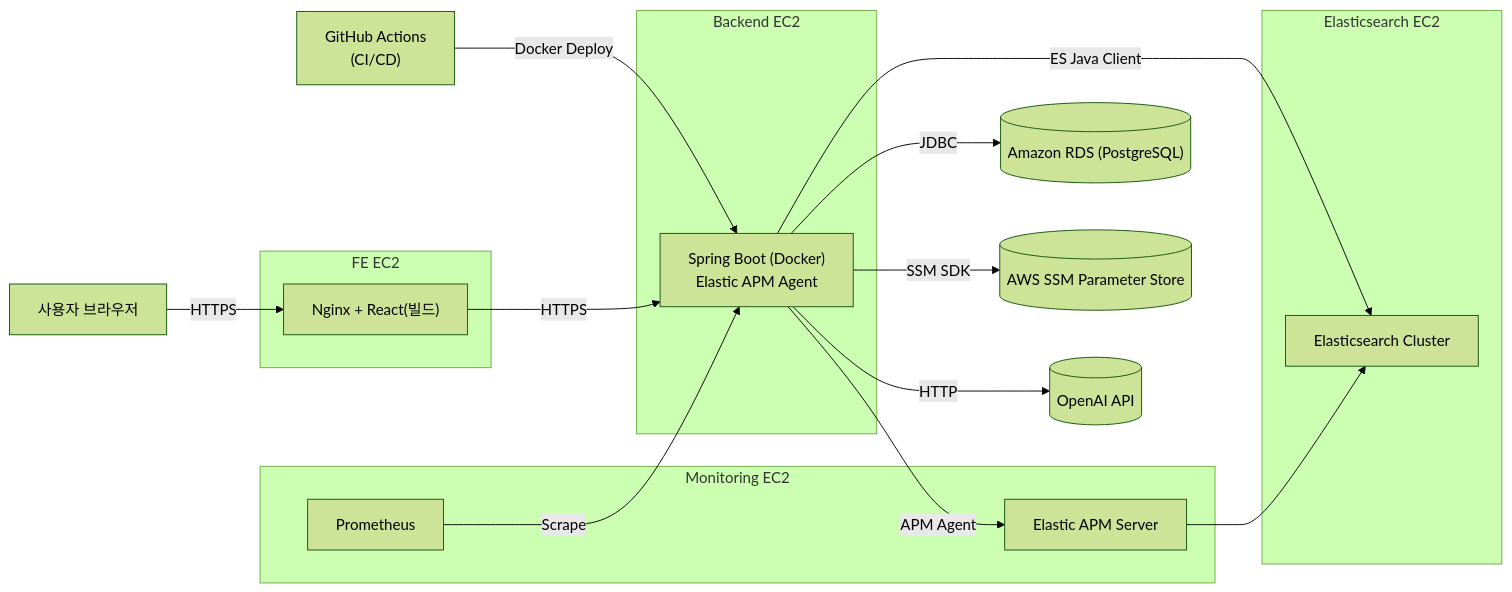
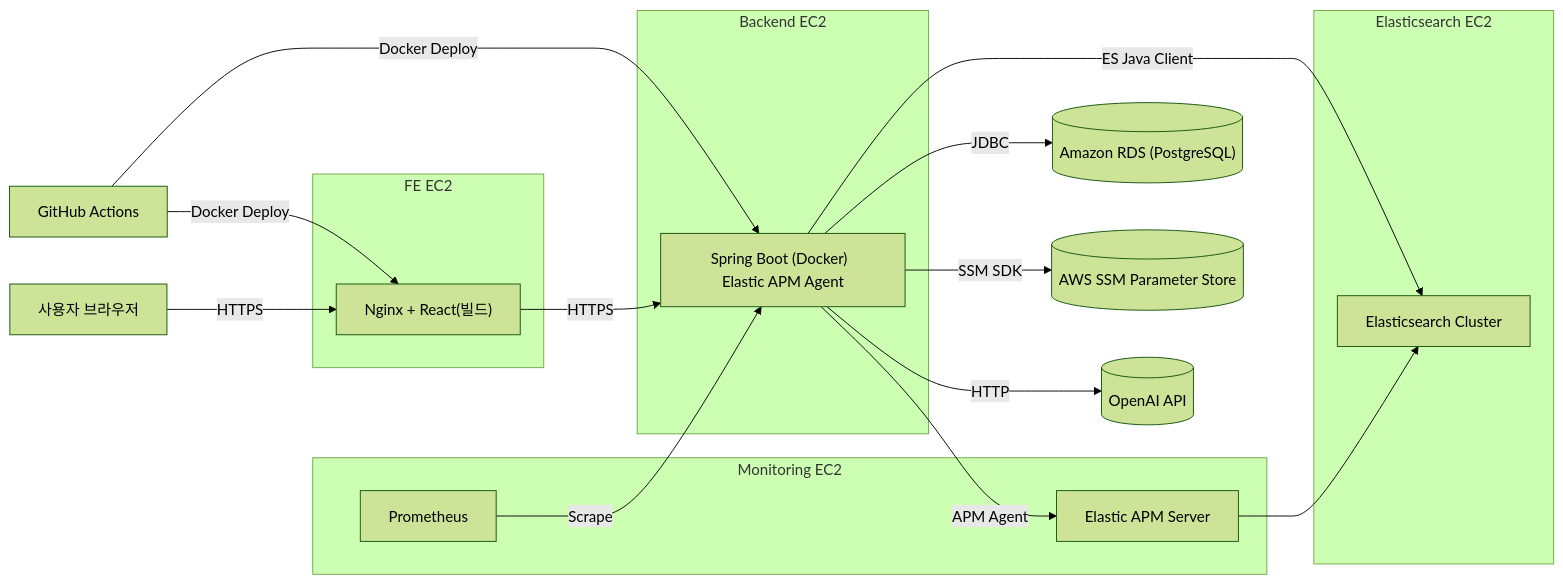
One commit to hihisososo/search-admin-be changed the diagram in README.md. Above: the diagram before and after it, drawn with Mermaid (forest theme). The commit also changed other lines of this file and 61 other files, not shown here.

````diff
--- a/README.md
+++ b/README.md
@@ -50,39 +50,41 @@
 ```mermaid
 flowchart LR
   client["사용자 브라우저"]
-  github["GitHub Actions\n(CI/CD)"]
 
   subgraph FE_EC2["FE EC2"]
     fe["Nginx + React(빌드)"]
   end
 
+  github["GitHub Actions"]
+
   subgraph BE_EC2["Backend EC2"]
-    be["Spring Boot (Docker)\nElastic APM Agent"]
+    be["Spring Boot (Docker)  Elastic APM Agent"]
   end
 
   subgraph ES_EC2["Elasticsearch EC2"]
     es["Elasticsearch Cluster"]
   end
 
   subgraph MON_EC2["Monitoring EC2"]
     prom["Prometheus"]
     apm["Elastic APM Server"]
   end
 
   rds[("Amazon RDS (PostgreSQL)")]
   ssm[("AWS SSM Parameter Store")]
   openai[("OpenAI API")]
 
   github -->|Docker Deploy| be
+  github -->|Docker Deploy| fe
   client -->|HTTPS| fe
   fe -->|HTTPS| be
 
   be -->|JDBC| rds
   be -->|ES Java Client| es
   be -->|HTTP| openai
   be -->|SSM SDK| ssm
 
   prom -->|Scrape| be
   be -->|APM Agent| apm
   apm --> es
 ```
````
